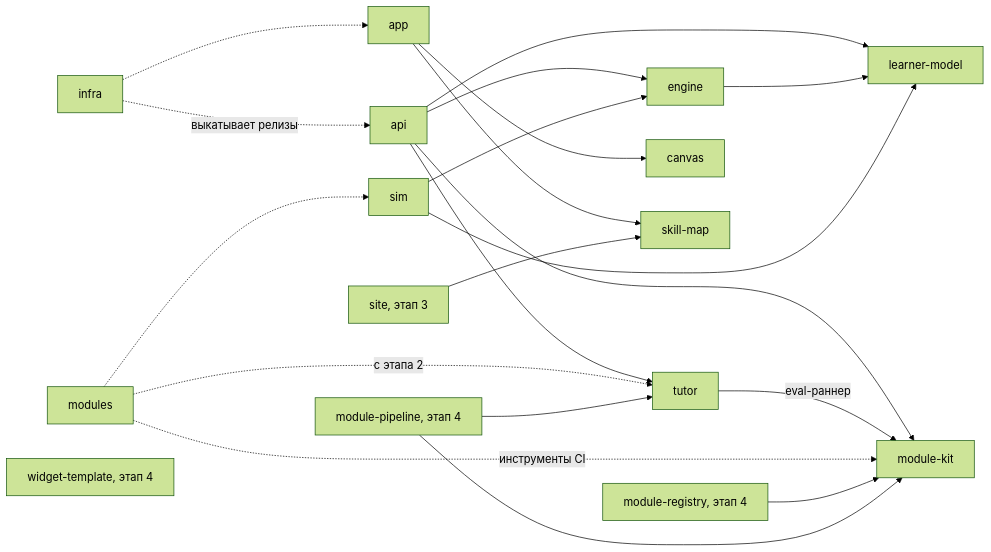
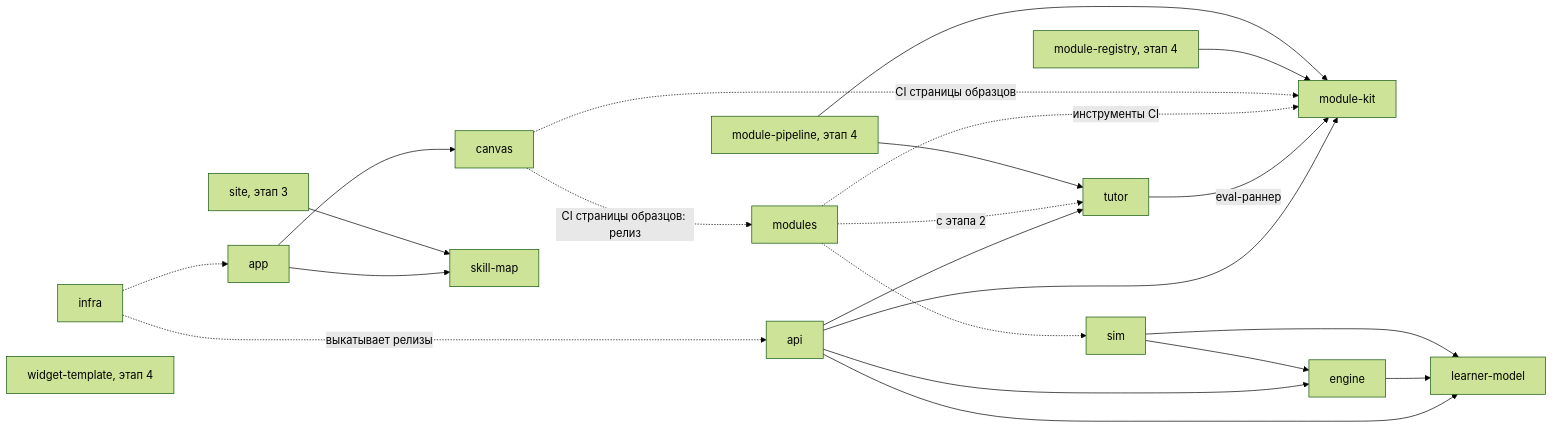
One commit to altnovatrail/spec changed the diagram in docs/repositories.md. Above: the diagram before and after it, drawn with Mermaid (forest theme). The commit also changed other lines of this file and 6 other files, not shown here.

````diff
--- a/docs/repositories.md
+++ b/docs/repositories.md
@@ -81,23 +81,25 @@
 ```mermaid
 flowchart LR
     api["api"] --> tutor["tutor"]
     api --> kit["module-kit"]
     api --> eng["engine"]
     api --> lm["learner-model"]
     eng --> lm
     sim["sim"] --> eng
     sim --> lm
     tutor -->|"eval-раннер"| kit
     app["app"] --> canvas["canvas"]
     app --> smap["skill-map"]
     mods["modules"] -.->|"инструменты CI"| kit
     mods -.-> sim
     mods -.->|"с этапа 2"| tutor
+    canvas -.->|"CI страницы образцов: релиз"| mods
+    canvas -.->|"CI страницы образцов"| kit
     infra["infra"] -.->|"выкатывает релизы"| api
     infra -.-> app
     reg["module-registry, этап 4"] --> kit
     pipe["module-pipeline, этап 4"] --> kit
     pipe --> tutor
     site["site, этап 3"] --> smap
     wt["widget-template, этап 4"]
 ```
````
